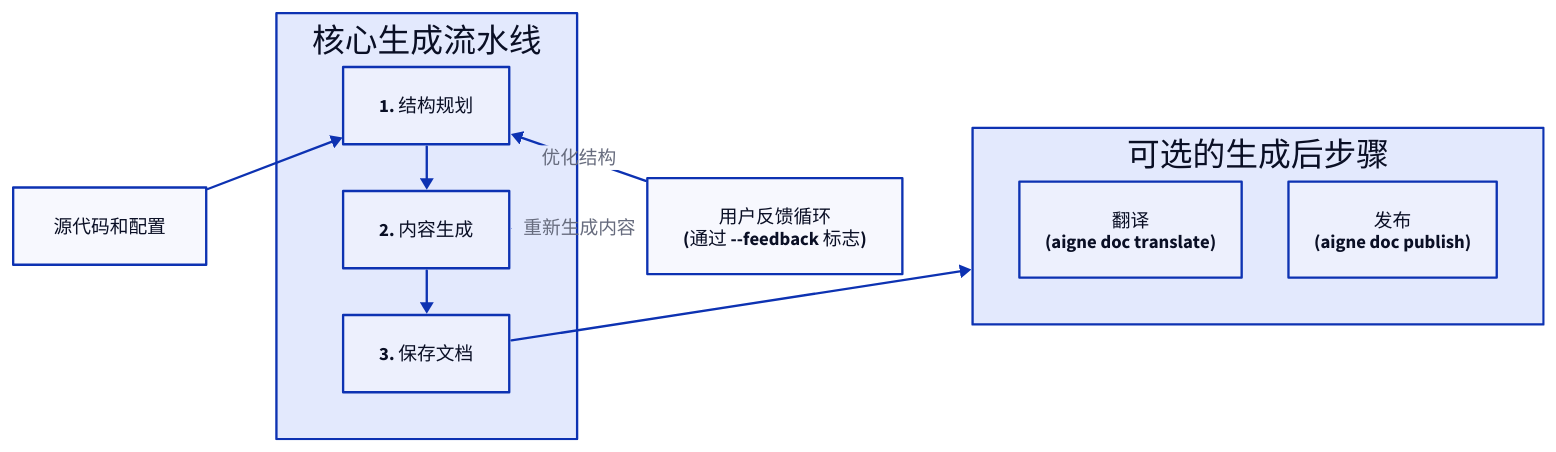
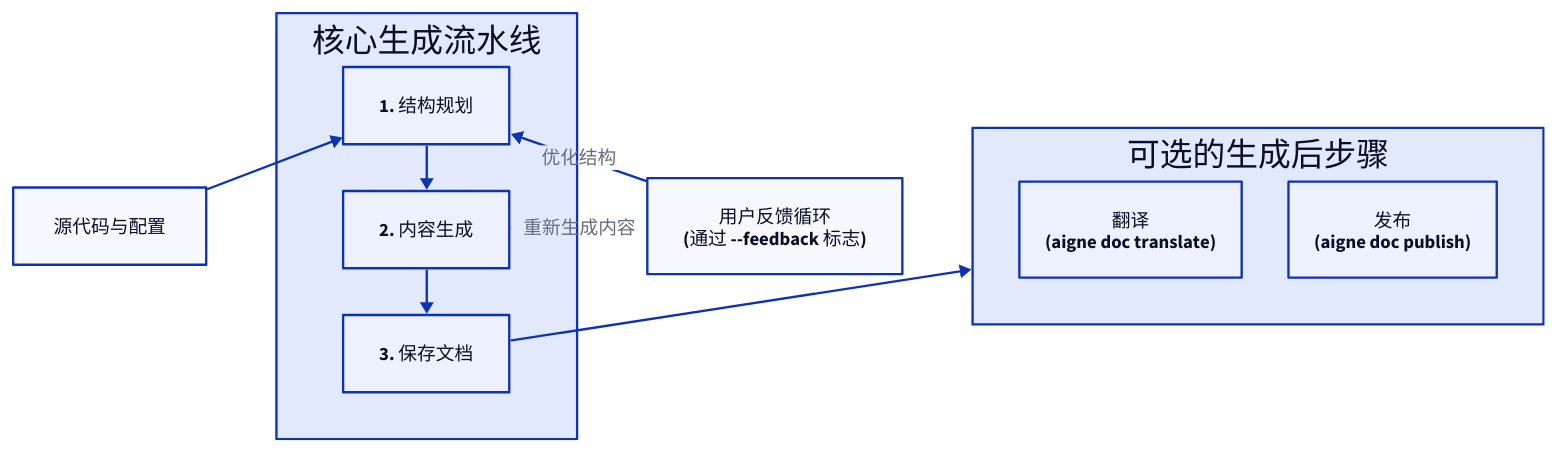
One commit to AIGNE-io/aigne-doc-smith changed the diagram in docs/advanced-how-it-works.zh.md. Above: the diagram before and after it, drawn with D2. The commit also changed other lines of this file and 52 other files, not shown here.

````diff
--- a/docs/advanced-how-it-works.zh.md
+++ b/docs/advanced-how-it-works.zh.md
@@ -13,60 +13,60 @@
 ```d2
 direction: down
 
 Input: {
-  label: "源代码和配置"
+  label: "源代码与配置"
   shape: rectangle
 }
 
 Pipeline: {
   label: "核心生成流水线"
   shape: rectangle
   grid-columns: 1
   grid-gap: 40
 
   Structure-Planning: {
     label: "1. 结构规划"
     shape: rectangle
   }
 
   Content-Generation: {
     label: "2. 内容生成"
     shape: rectangle
   }
 
   Saving: {
     label: "3. 保存文档"
     shape: rectangle
   }
 }
 
 User-Feedback: {
   label: "用户反馈循环\n(通过 --feedback 标志)"
   shape: rectangle
 }
 
 Optional-Steps: {
   label: "可选的生成后步骤"
   shape: rectangle
   grid-columns: 2
   grid-gap: 40
   
   Translation: {
     label: "翻译\n(aigne doc translate)"
     shape: rectangle
   }
 
   Publishing: {
     label: "发布\n(aigne doc publish)"
     shape: rectangle
   }
 }
 
 Input -> Pipeline.Structure-Planning
 Pipeline.Structure-Planning -> Pipeline.Content-Generation
 Pipeline.Content-Generation -> Pipeline.Saving
 Pipeline.Saving -> Optional-Steps
 
 User-Feedback -> Pipeline.Structure-Planning: "优化结构"
 User-Feedback -> Pipeline.Content-Generation: "重新生成内容"
 ```
````
